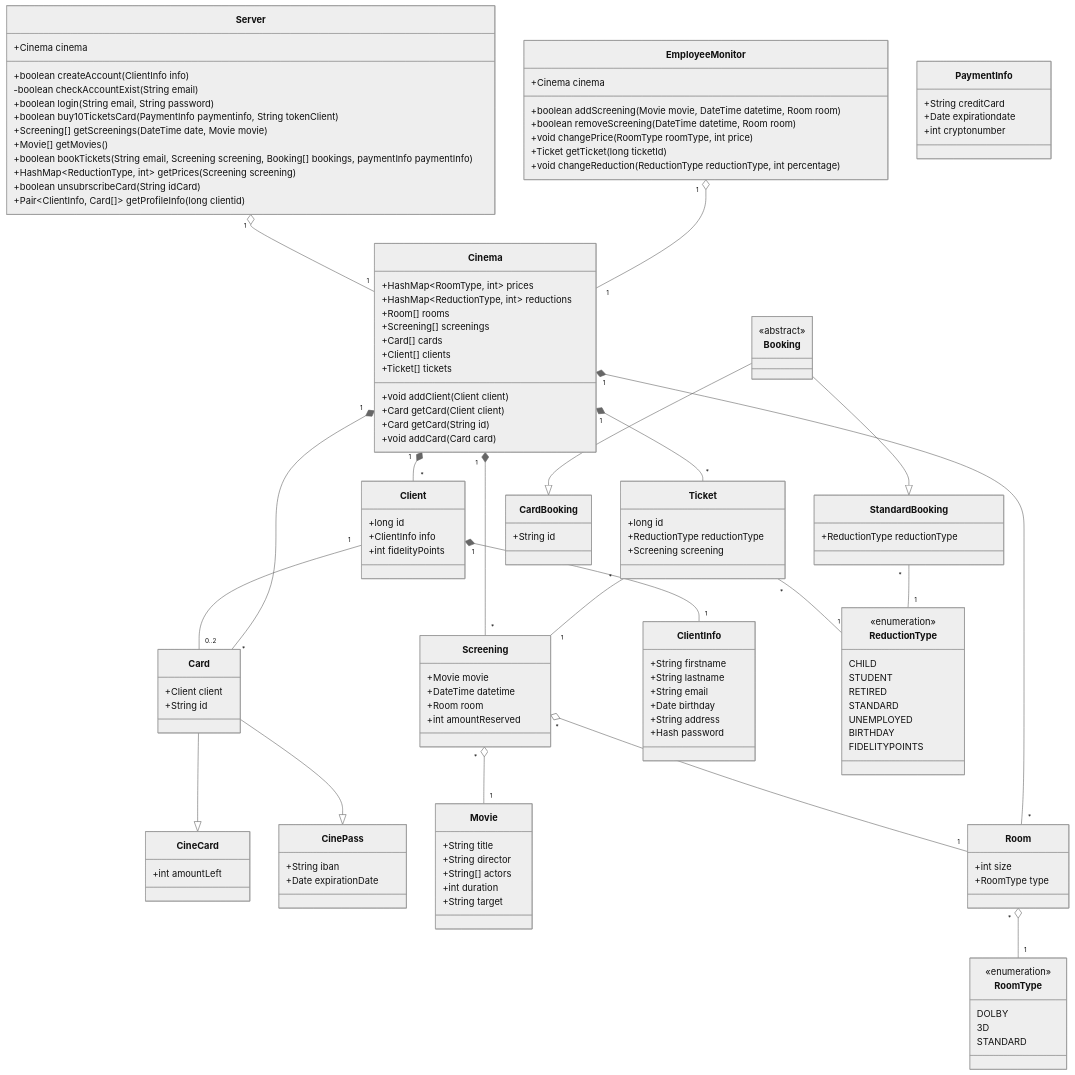
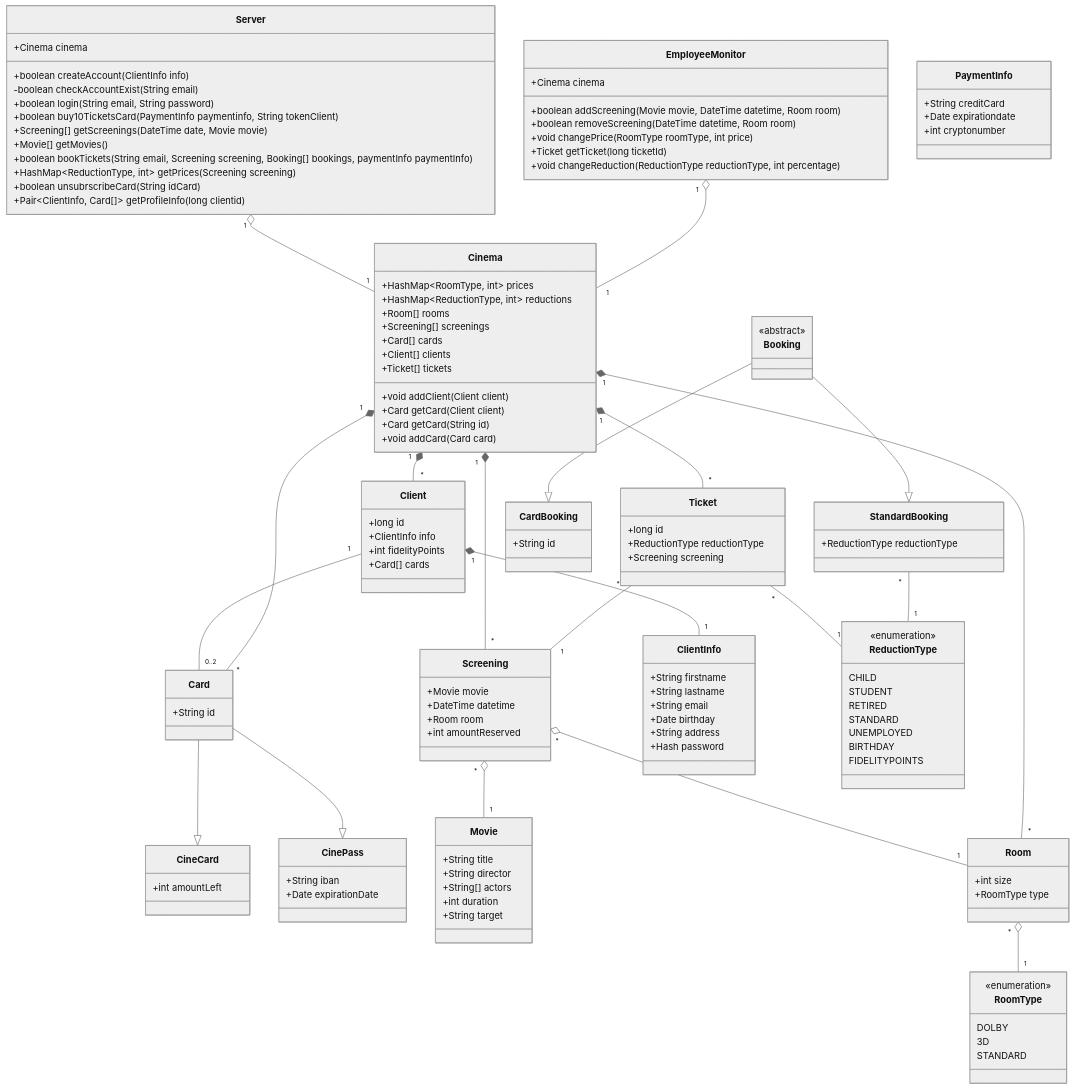
The second of 23 diagrams in TP1-OMD.md (pixselve-school/OMD-TP1), drawn with Mermaid (neutral theme) before and after one commit. The commit also changed other lines of this file, not shown here.

Commit message:
v1 diagramme d'états

```diff
--- a/TP1-OMD.md
+++ b/TP1-OMD.md
@@ -74,22 +74,23 @@
     }
     
     Room "*" o-- "1" RoomType
-
+    
     class RoomType{
         <<enumeration>>
         DOLBY
         3D
         STANDARD
     }
-
+    
     class Client{
         +long id
         +ClientInfo info
         +int fidelityPoints
+        +Card[] cards
     }
     
     Client "1" *-- "1" ClientInfo
-
+    
     class ClientInfo{
         +String firstname
         +String lastname
@@ -102,7 +103,6 @@
     Client "1" -- "0..2" Card
 
     class Card{
-        +Client client
         +String id
     }
 
```
